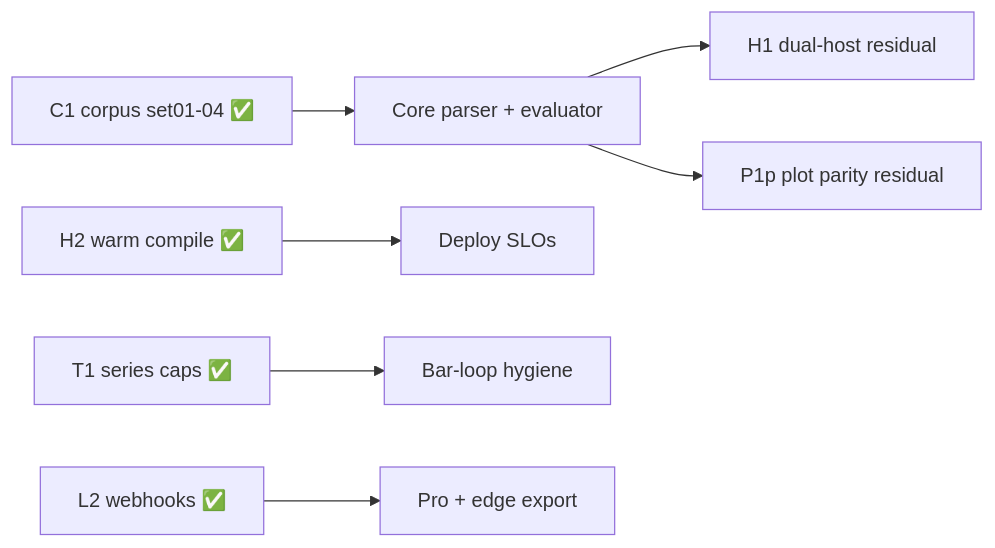
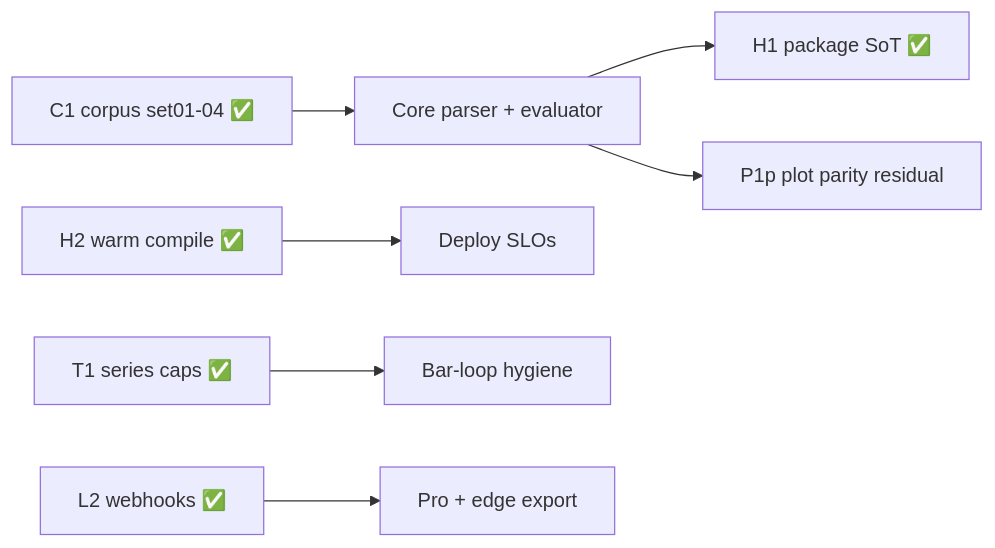
Before and after one commit to hoox-sh/pyne: the diagram in docs/pyne/reference/roadmap.mdx, drawn with Mermaid. The commit also changed other lines of this file and 101 other files, not shown here.

````diff
--- a/docs/pyne/reference/roadmap.mdx
+++ b/docs/pyne/reference/roadmap.mdx
@@ -41,9 +41,9 @@
 ```mermaid
 flowchart LR
-  DONE[Core parser + evaluator] --> H1[H1 dual-host residual]
+  DONE[Core parser + evaluator] --> H1[H1 package SoT ✅]
   DONE --> P1p[P1p plot parity residual]
   C1[C1 corpus set01-04 ✅] --> DONE
   H2[H2 warm compile ✅] --> OPS[Deploy SLOs]
   T1[T1 series caps ✅] --> PERF[Bar-loop hygiene]
   L2[L2 webhooks ✅] --> HOST[Pro + edge export]
 ```
````
